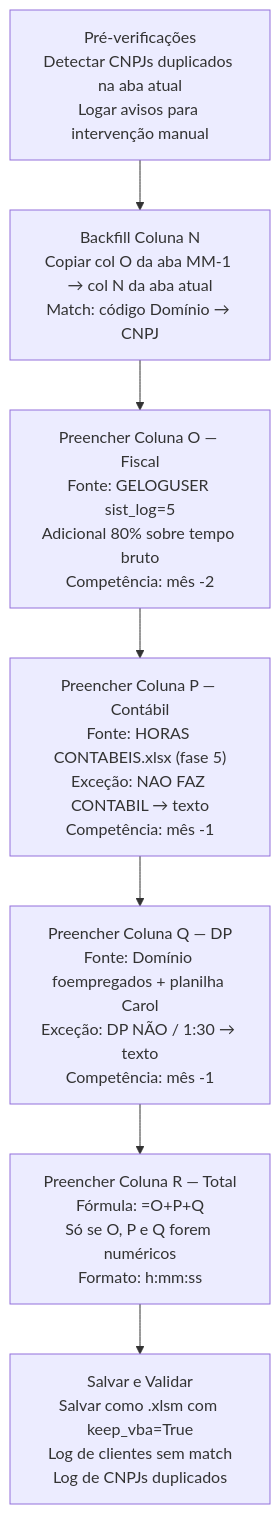
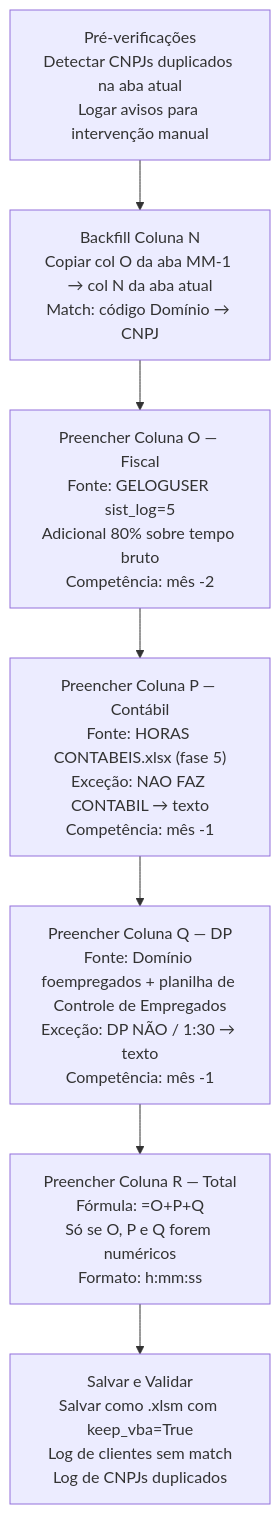
One commit to cors4rio/dmf-data-engine changed the second of 2 diagrams in docs/regras-de-negocio.md. Above: the diagram before and after it, drawn with Mermaid. The commit also changed other lines of this file and 30 other files, not shown here.

````diff
--- a/docs/regras-de-negocio.md
+++ b/docs/regras-de-negocio.md
@@ -212,12 +210,12 @@
 ```mermaid
 flowchart TD
     PRE["Pré-verificações\nDetectar CNPJs duplicados na aba atual\nLogar avisos para intervenção manual"]
     N["Backfill Coluna N\nCopiar col O da aba MM-1 → col N da aba atual\nMatch: código Domínio → CNPJ"]
     O["Preencher Coluna O — Fiscal\nFonte: GELOGUSER sist_log=5\nAdicional 80% sobre tempo bruto\nCompetência: mês -2"]
     P["Preencher Coluna P — Contábil\nFonte: HORAS CONTABEIS.xlsx (fase 5)\nExceção: NAO FAZ CONTABIL → texto\nCompetência: mês -1"]
-    Q["Preencher Coluna Q — DP\nFonte: Domínio foempregados + planilha Carol\nExceção: DP NÃO / 1:30 → texto\nCompetência: mês -1"]
+    Q["Preencher Coluna Q — DP\nFonte: Domínio foempregados + planilha de Controle de Empregados\nExceção: DP NÃO / 1:30 → texto\nCompetência: mês -1"]
     R["Preencher Coluna R — Total\nFórmula: =O+P+Q\nSó se O, P e Q forem numéricos\nFormato: h:mm:ss"]
     SAVE["Salvar e Validar\nSalvar como .xlsm com keep_vba=True\nLog de clientes sem match\nLog de CNPJs duplicados"]
 
     PRE --> N --> O --> P --> Q --> R --> SAVE
 ```
````
